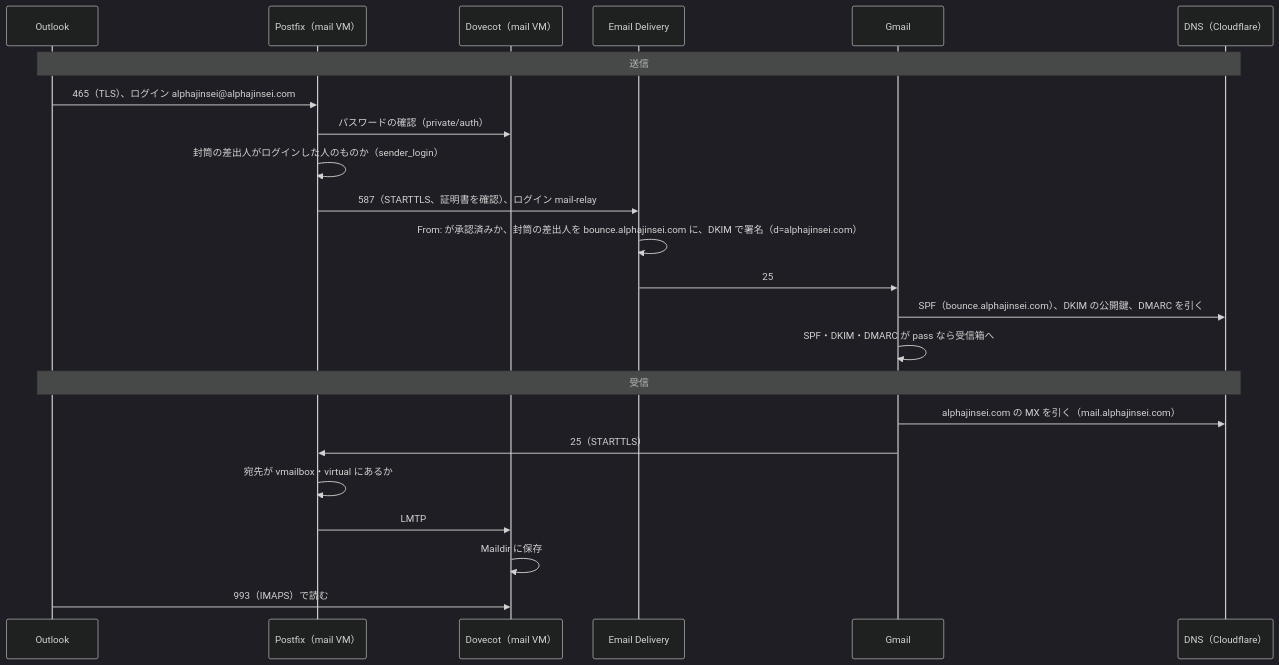
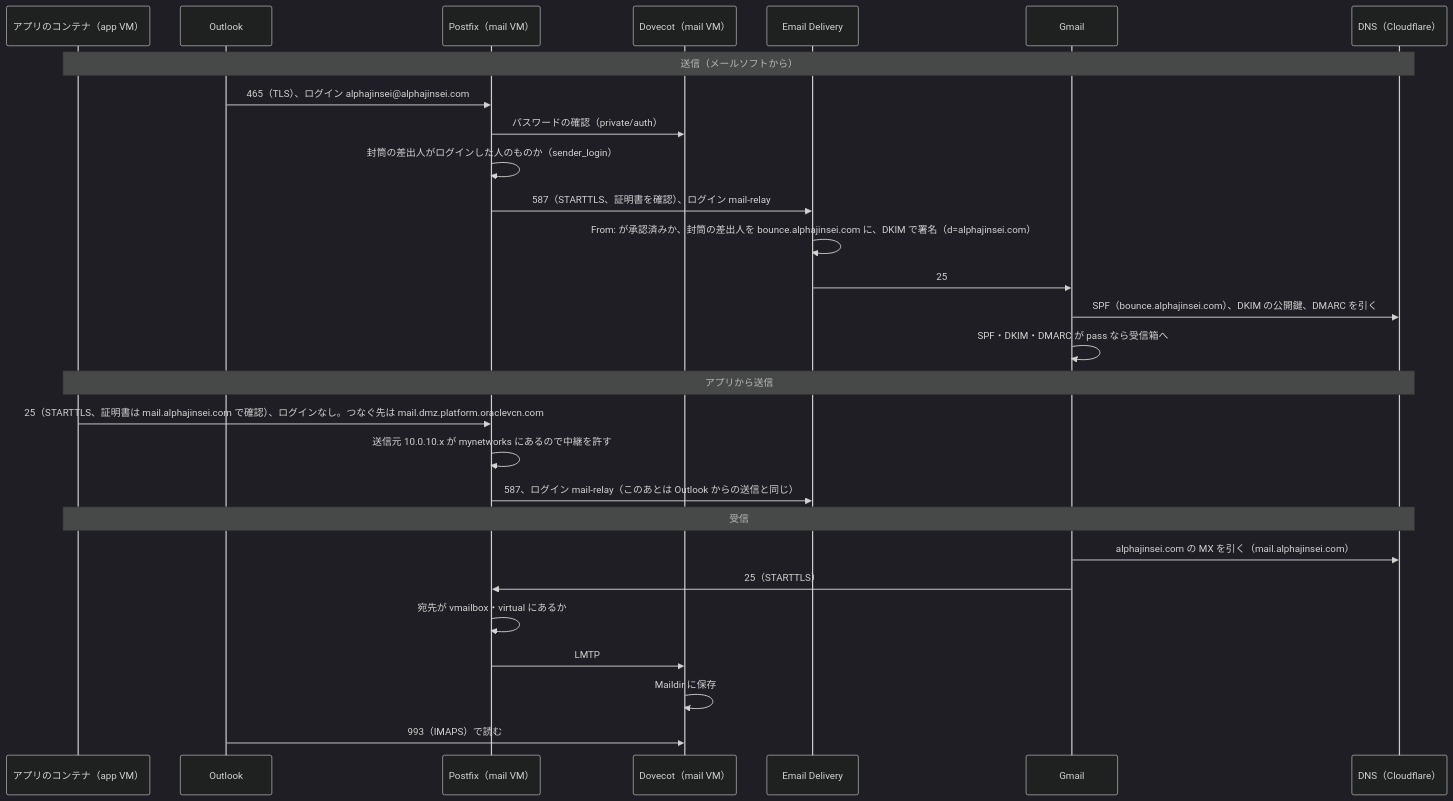
The second of 2 diagrams in docs/design/oci-mail.md (alphajinsei/cf-infra-playbook), drawn with Mermaid (dark theme) before and after one commit. The commit also changed other lines of this file and 4 other files, not shown here.

Commit message:
OCI mail: 8-6 done (app sending by IP trust); diagrams updated to 8-6

````diff
--- a/docs/design/oci-mail.md
+++ b/docs/design/oci-mail.md
@@ -100,27 +100,33 @@
 ```mermaid
 sequenceDiagram
+  participant A as アプリのコンテナ（app VM）
   participant O as Outlook
   participant P as Postfix（mail VM）
   participant D as Dovecot（mail VM）
   participant E as Email Delivery
   participant G as Gmail
   participant N as DNS（Cloudflare）
 
-  Note over O,N: 送信
+  Note over A,N: 送信（メールソフトから）
   O->>P: 465（TLS）、ログイン alphajinsei@alphajinsei.com
   P->>D: パスワードの確認（private/auth）
   P->>P: 封筒の差出人がログインした人のものか（sender_login）
   P->>E: 587（STARTTLS、証明書を確認）、ログイン mail-relay
   E->>E: From: が承認済みか、封筒の差出人を bounce.alphajinsei.com に、DKIM で署名（d=alphajinsei.com）
   E->>G: 25
   G->>N: SPF（bounce.alphajinsei.com）、DKIM の公開鍵、DMARC を引く
   G->>G: SPF・DKIM・DMARC が pass なら受信箱へ
 
-  Note over O,N: 受信
+  Note over A,N: アプリから送信
+  A->>P: 25（STARTTLS、証明書は mail.alphajinsei.com で確認）、ログインなし。つなぐ先は mail.dmz.platform.oraclevcn.com
+  P->>P: 送信元 10.0.10.x が mynetworks にあるので中継を許す
+  P->>E: 587、ログイン mail-relay（このあとは Outlook からの送信と同じ）
+
+  Note over A,N: 受信
   G->>N: alphajinsei.com の MX を引く（mail.alphajinsei.com）
   G->>P: 25（STARTTLS）
   P->>P: 宛先が vmailbox・virtual にあるか
   P->>D: LMTP
   D->>D: Maildir に保存
   O->>D: 993（IMAPS）で読む
 ```
````
